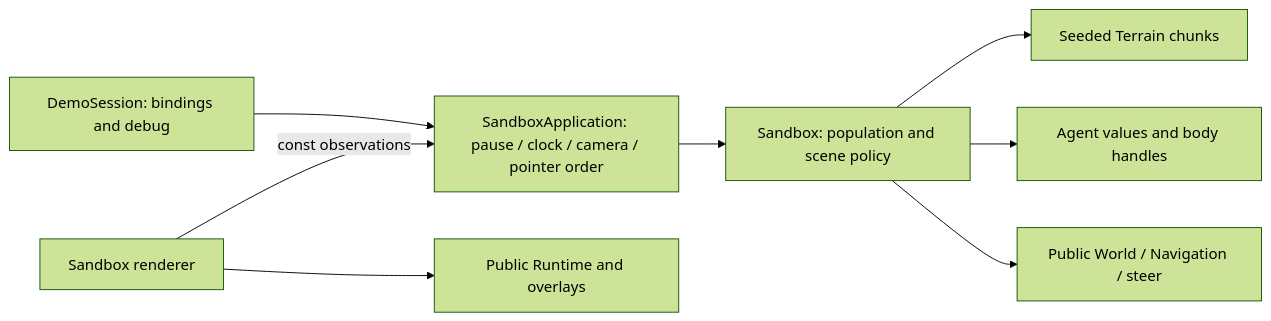
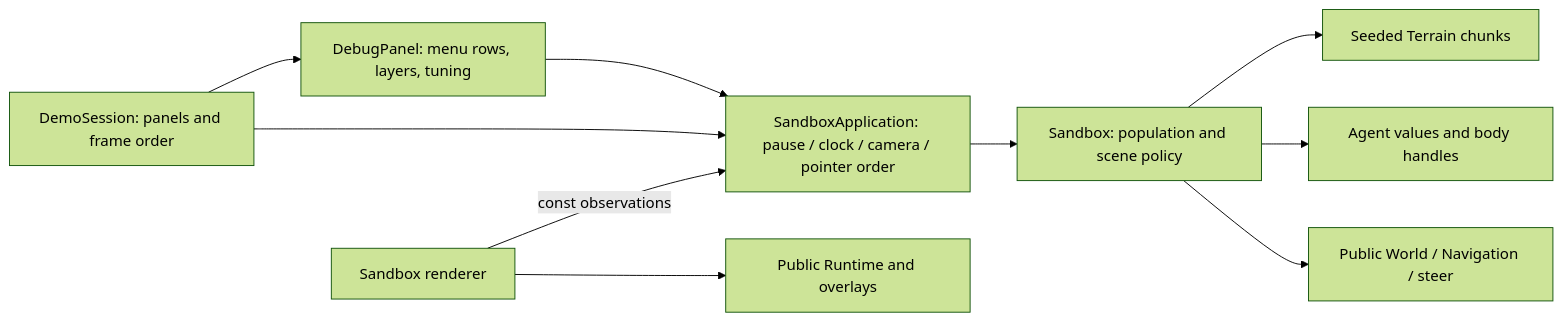
One commit to SMB-M87/Kinetra-Lab changed the diagram in docs/demo-architecture.md. Above: the diagram before and after it, drawn with Mermaid (forest theme). The commit also changed other lines of this file and 5 other files, not shown here.

Commit message:
docs(labs): describe Demo's menu, tuning and wander, and the capture scripts

````diff
--- a/docs/demo-architecture.md
+++ b/docs/demo-architecture.md
@@ -15,10 +15,12 @@
 ```mermaid
 flowchart LR
-    Session[DemoSession: bindings and debug] --> App[SandboxApplication: pause / clock / camera / pointer order]
+    Session[DemoSession: panels and frame order] --> Panel[DebugPanel: menu rows, layers, tuning]
+    Panel --> App
+    Session --> App[SandboxApplication: pause / clock / camera / pointer order]
     App --> Scene[Sandbox: population and scene policy]
     Scene --> Terrain[Seeded Terrain chunks]
     Scene --> Agents[Agent values and body handles]
     Scene --> Engine[Public World / Navigation / steer]
     Render[Sandbox renderer] -->|const observations| App
     Render --> Runtime[Public Runtime and overlays]
 ```
````
